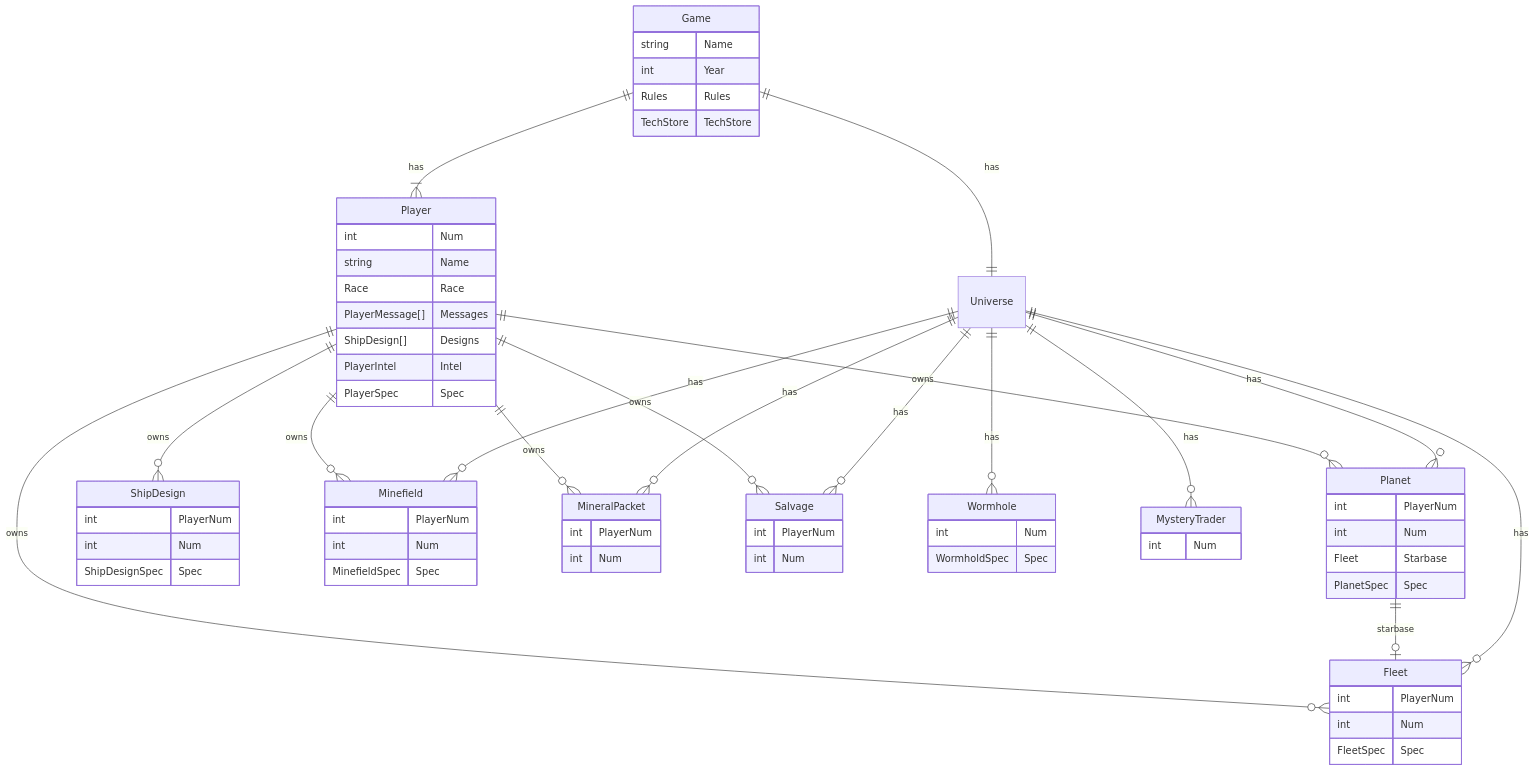
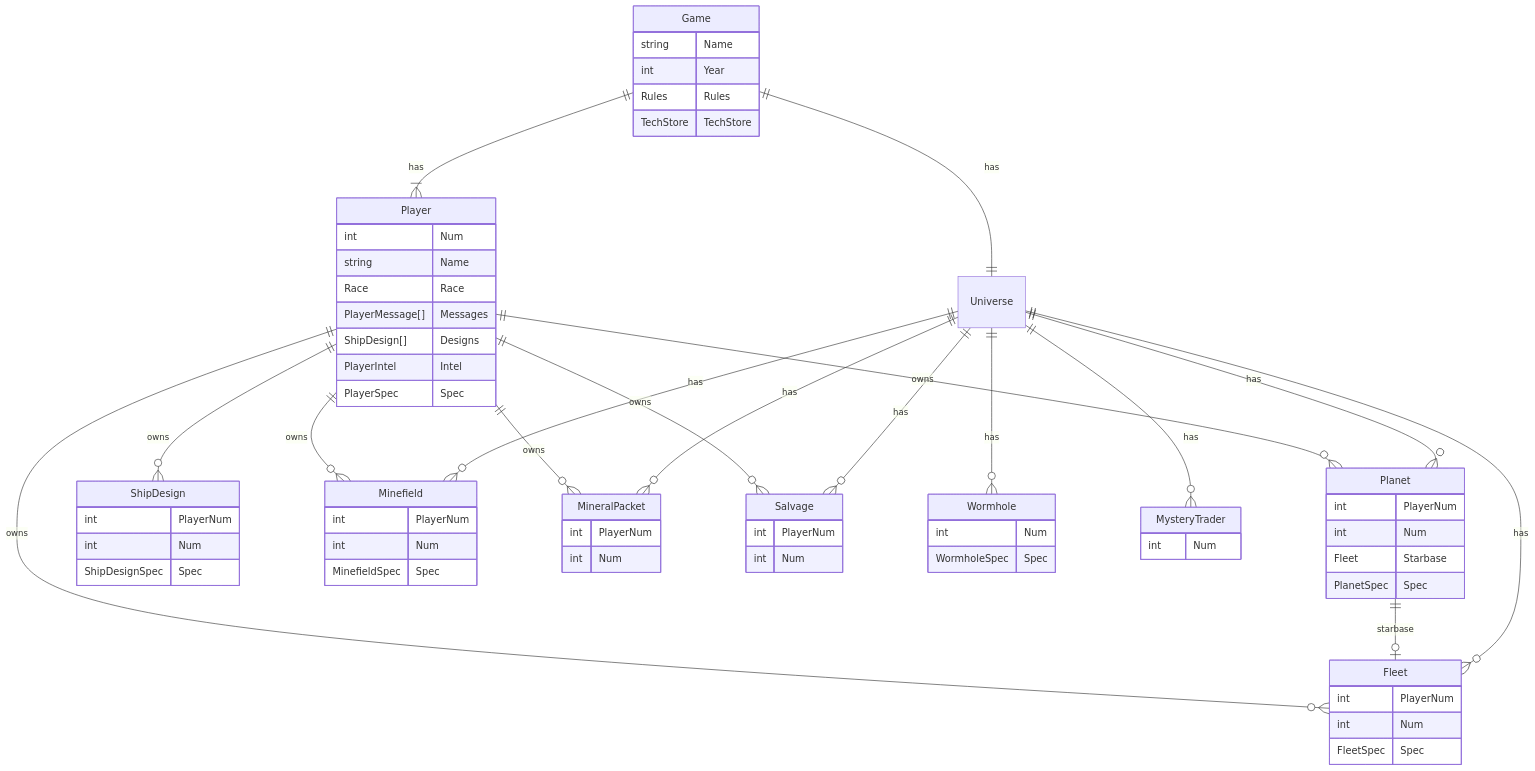
The first of 2 diagrams in docs/architecture.md (sirgwain/craig-stars), drawn with Mermaid before and after one commit. The commit also changed other lines of this file, not shown here.

Commit message:
udpated architecture. fixes #639

```diff
--- a/docs/architecture.md
+++ b/docs/architecture.md
@@ -123,7 +129,7 @@
 
   Wormhole {
     int Num
-    WormholdSpec Spec
+    WormholeSpec Spec
   }
 
   MysteryTrader {
```
